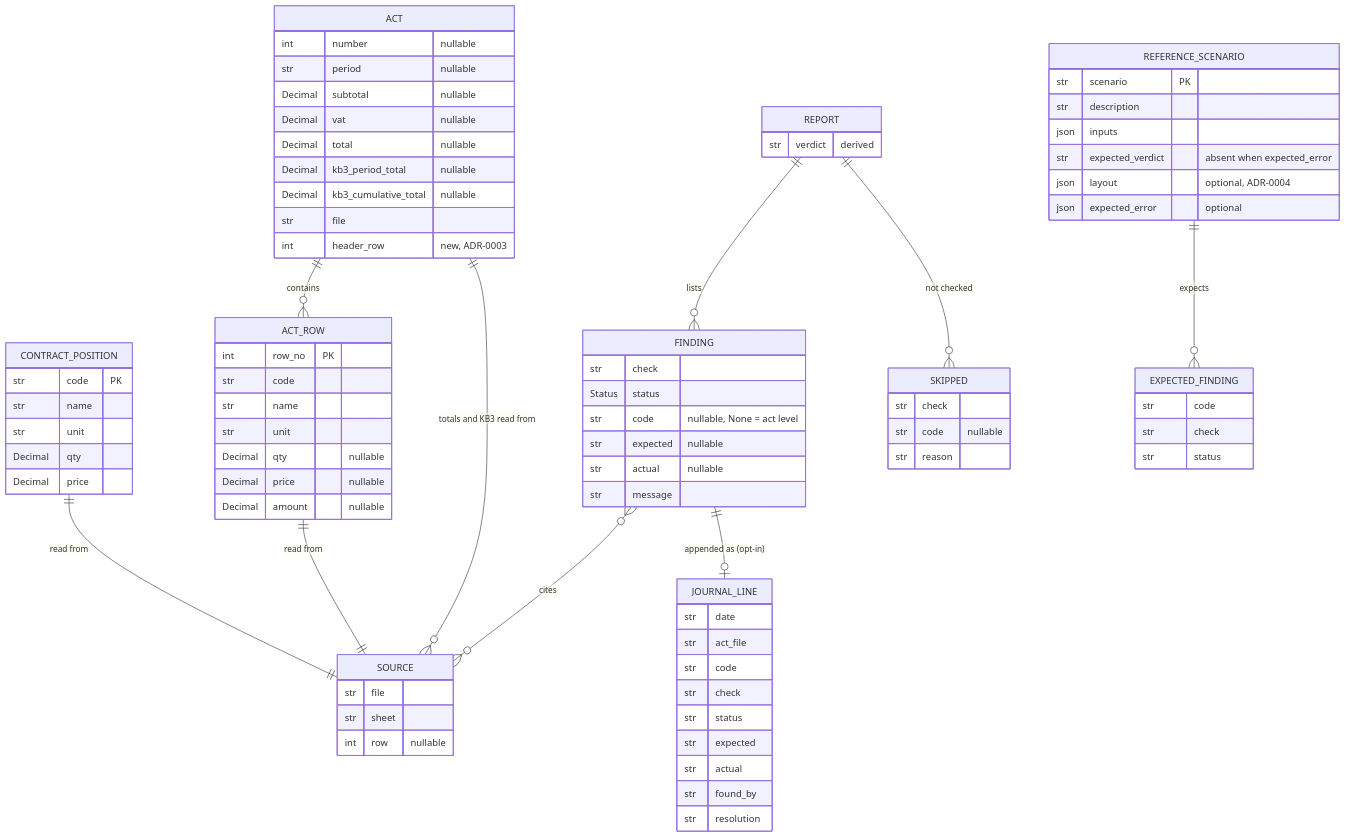
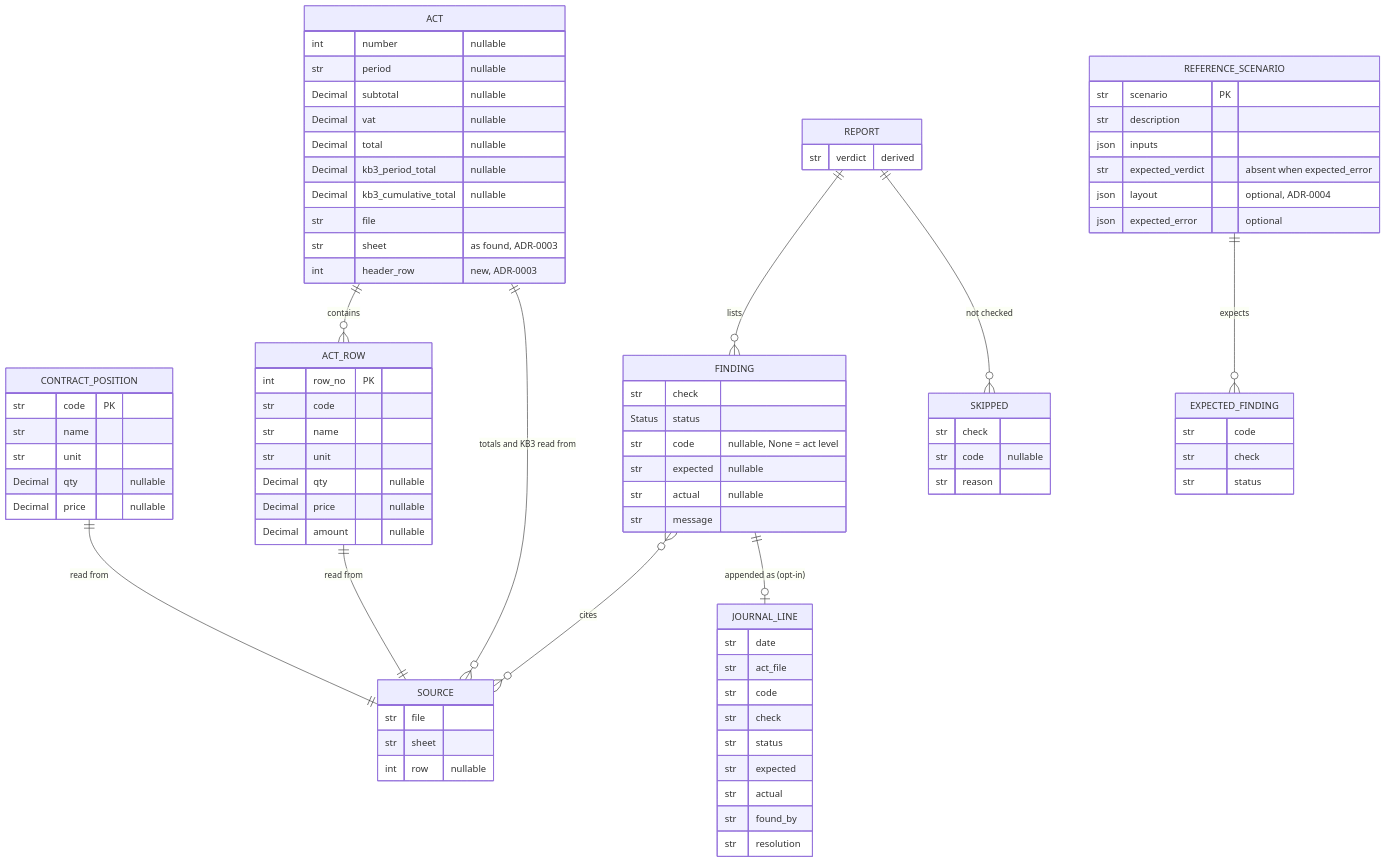
Before and after one commit to AlexanderSW/act-verifier: the diagram in docs/features/cli-verifier/data-model.md, drawn with Mermaid. The commit also changed 5 other files, not shown here.

First line of the commit message:
docs(cli-verifier): ER diagram, sync report and cli.md changelog after review 2

```diff
--- a/docs/features/cli-verifier/data-model.md
+++ b/docs/features/cli-verifier/data-model.md
@@ -34,8 +34,8 @@
         str code PK
         str name
         str unit
-        Decimal qty
-        Decimal price
+        Decimal qty "nullable"
+        Decimal price "nullable"
     }
     ACT {
         int number "nullable"
@@ -46,6 +46,7 @@
         Decimal kb3_period_total "nullable"
         Decimal kb3_cumulative_total "nullable"
         str file
+        str sheet "as found, ADR-0003"
         int header_row "new, ADR-0003"
     }
     ACT_ROW {
```
